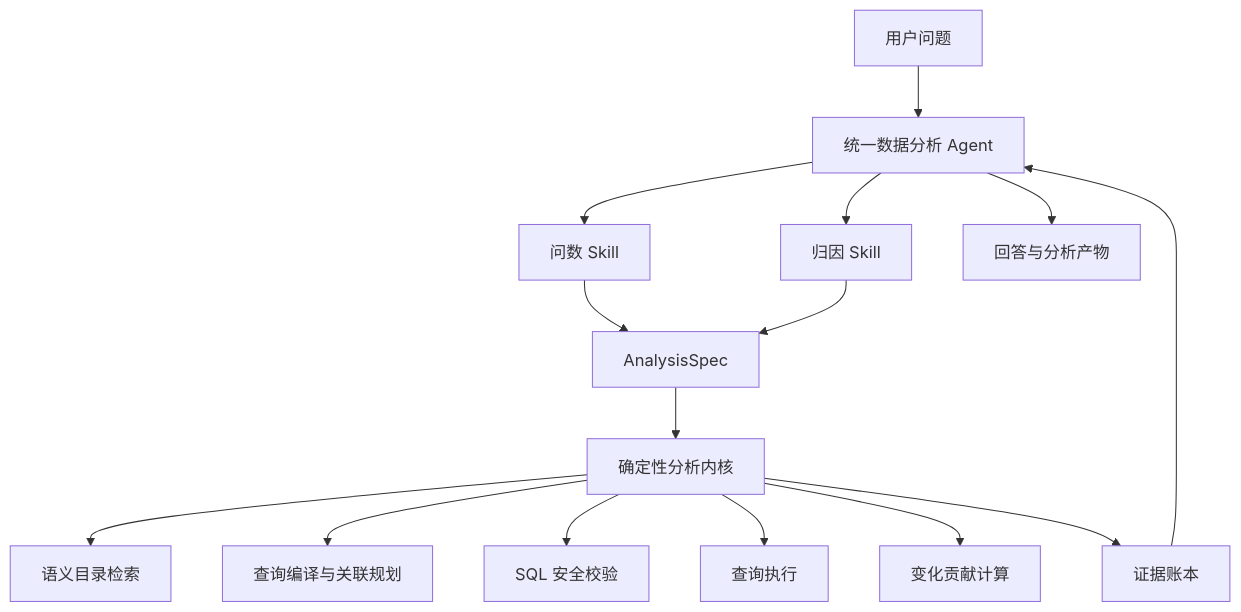
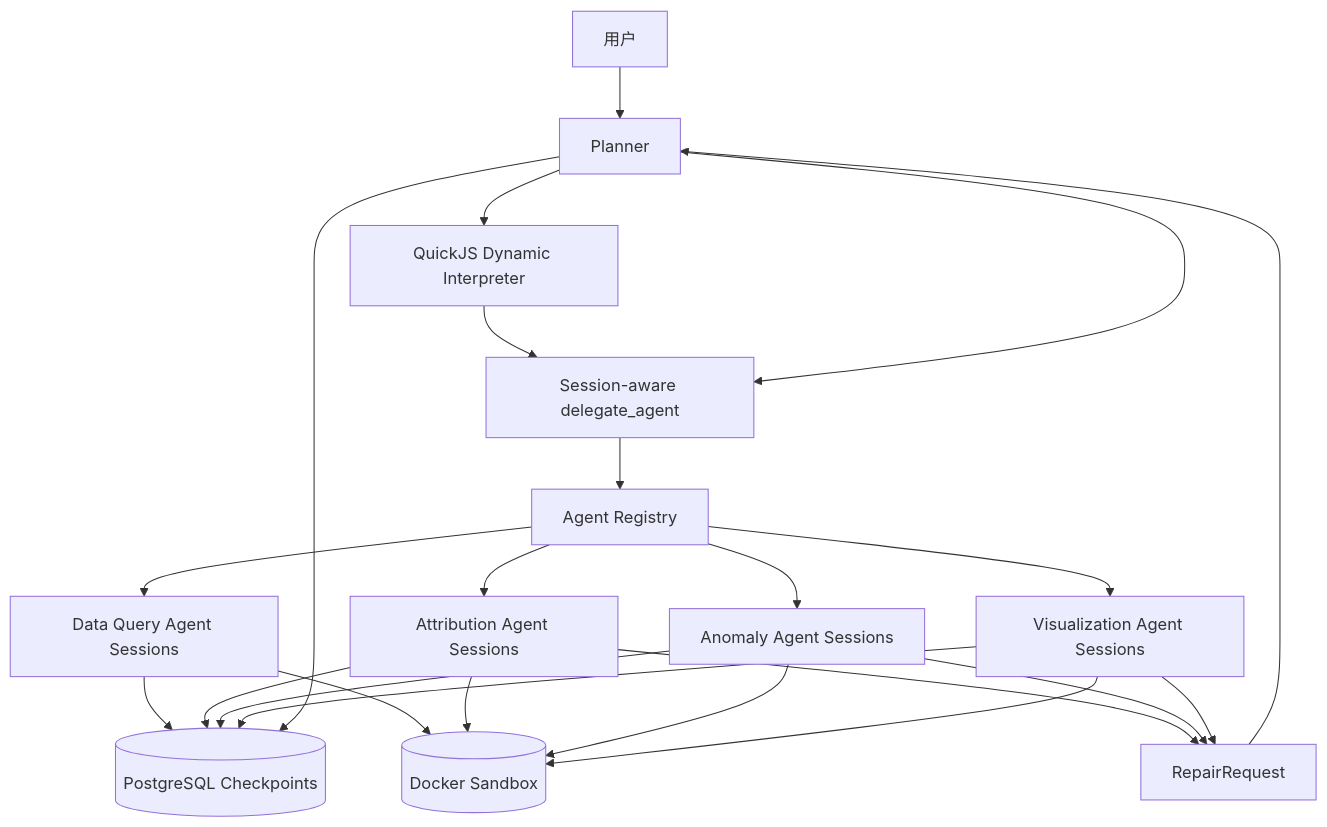
The first of 2 diagrams in docs/DATA_ANALYSIS_AGENT_DESIGN.md (2739673455/dataagent), drawn with Mermaid before and after one commit. The commit also changed other lines of this file and 20 other files, not shown here.

Commit message:
feat: add Docker sandbox and data agent design

````diff
--- a/docs/DATA_ANALYSIS_AGENT_DESIGN.md
+++ b/docs/DATA_ANALYSIS_AGENT_DESIGN.md
@@ -62,17 +144,25 @@
 ```mermaid
 flowchart TD
-    U[用户问题] --> A[统一数据分析 Agent]
-    A --> Q[问数 Skill]
-    A --> R[归因 Skill]
-    Q --> P[AnalysisSpec]
-    R --> P
-    P --> K[确定性分析内核]
-    K --> C[语义目录检索]
-    K --> G[查询编译与关联规划]
-    K --> S[SQL 安全校验]
-    K --> E[查询执行]
-    K --> D[变化贡献计算]
-    K --> L[证据账本]
-    L --> A
-    A --> O[回答与分析产物]
+    U[用户] --> P[Planner]
+    P --> I[QuickJS Dynamic Interpreter]
+    I --> D[Session-aware delegate_agent]
+    D --> R[Agent Registry]
+    R --> Q[Data Query Agent Sessions]
+    R --> A[Attribution Agent Sessions]
+    R --> N[Anomaly Agent Sessions]
+    R --> V[Visualization Agent Sessions]
+    Q --> CP[(PostgreSQL Checkpoints)]
+    A --> CP
+    N --> CP
+    V --> CP
+    P --> CP
+    Q --> S[(Docker Sandbox)]
+    A --> S
+    N --> S
+    V --> S
+    A --> RR[RepairRequest]
+    N --> RR
+    V --> RR
+    RR --> P
+    P --> D
 ```
````
